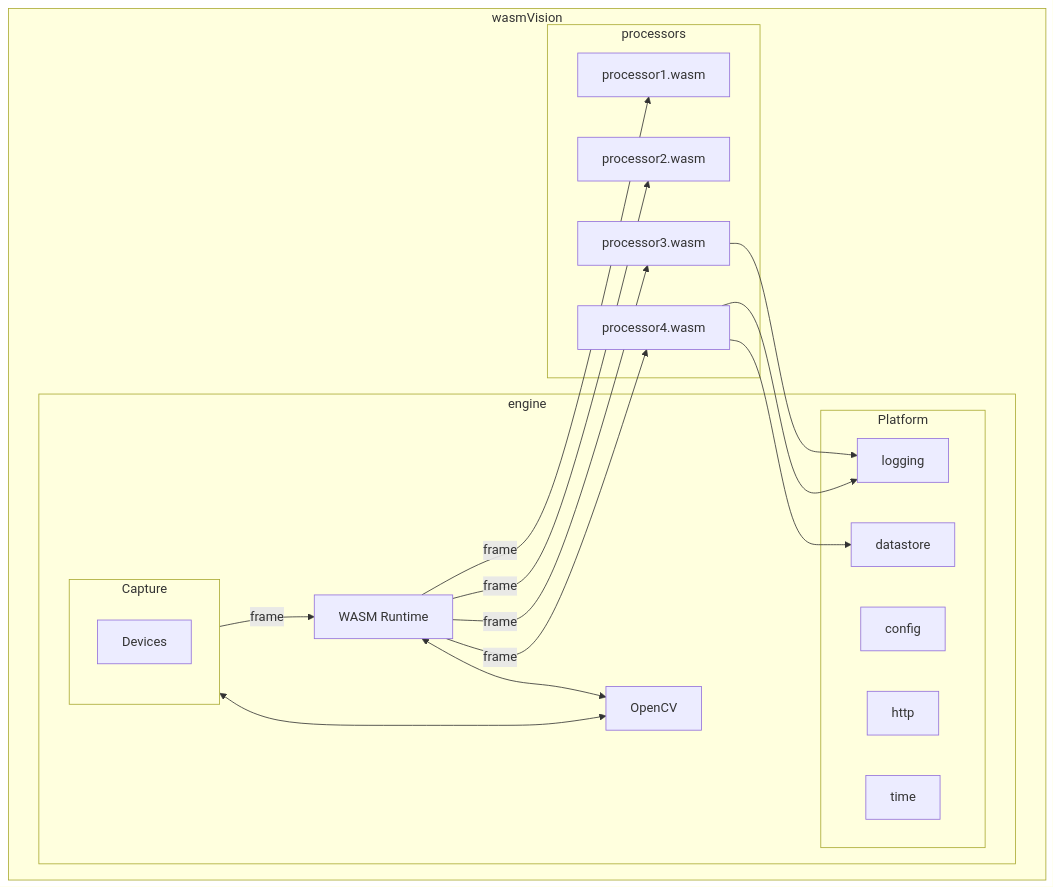
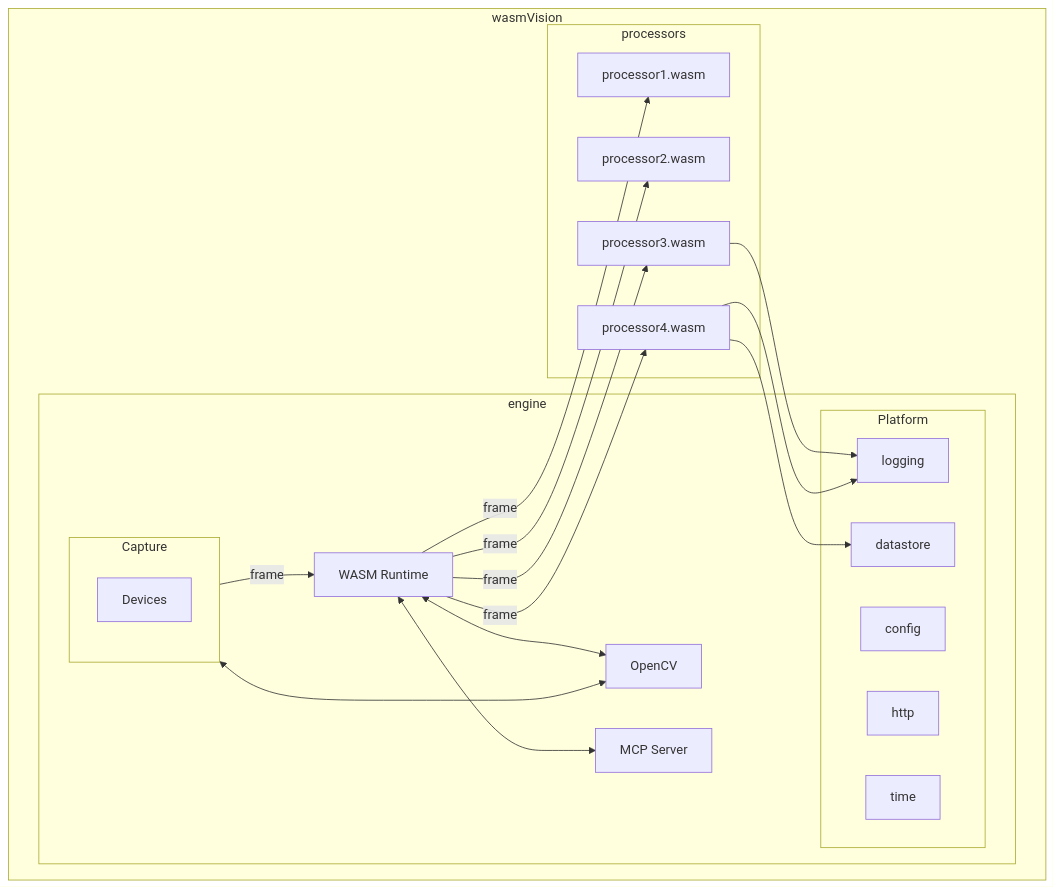
One commit to wasmvision/wasmvision changed the diagram in docs/architecture.md. Above: the diagram before and after it, drawn with Mermaid. The commit also changed other lines of this file and 2 other files, not shown here.

Commit message:
docs: add info about experimental MCP server support

````diff
--- a/docs/architecture.md
+++ b/docs/architecture.md
@@ -5,30 +5,31 @@
 ```mermaid
 flowchart TD
     subgraph wasmVision
         subgraph engine
             subgraph Capture
                 Devices
             end
             Runtime[WASM Runtime]
             Capture--frame-->Runtime
             Capture<-->OpenCV
             Runtime<-->OpenCV
             subgraph Platform
                 logging
                 config
                 http
                 datastore
                 time
             end
+            Runtime<-->MCP[MCP Server]
         end
         subgraph processors
             Runtime--frame-->processor1.wasm
             Runtime--frame-->processor2.wasm
             Runtime--frame-->processor3.wasm
             Runtime--frame-->processor4.wasm
         end
         processor3.wasm-->logging
         processor4.wasm-->logging
         processor4.wasm-->datastore
     end
 ```
````
